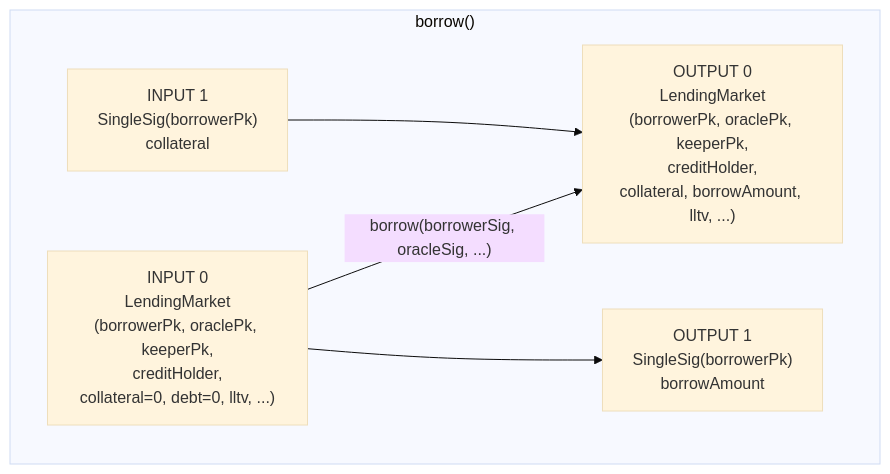
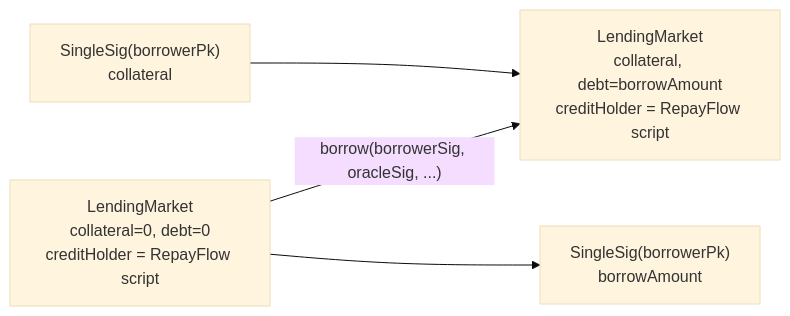
The fourth of 9 diagrams in examples/vault_lending/FLOWS.md (arkade-os/compiler), drawn with Mermaid (base theme) before and after one commit. The commit also changed other lines of this file, not shown here.

First line of the commit message:
fix: simplify Mermaid diagrams for GitHub rendering

````diff
--- a/examples/vault_lending/FLOWS.md
+++ b/examples/vault_lending/FLOWS.md
@@ -66,15 +54,11 @@
 ```mermaid
-flowchart LR
-    subgraph TX["borrow()"]
-        direction LR
-        I0["INPUT 0\nLendingMarket\n(borrowerPk, oraclePk, keeperPk,\ncreditHolder,\ncollateral=0, debt=0, lltv, ...)"]
-        I1["INPUT 1\nSingleSig(borrowerPk)\ncollateral"]
-
-        O0["OUTPUT 0\nLendingMarket\n(borrowerPk, oraclePk, keeperPk,\ncreditHolder,\ncollateral, borrowAmount, lltv, ...)"]
-        O1["OUTPUT 1\nSingleSig(borrowerPk)\nborrowAmount"]
-    end
+graph LR
+    I0["LendingMarket\ncollateral=0, debt=0\ncreditHolder = RepayFlow script"]
+    I1["SingleSig(borrowerPk)\ncollateral"]
+    O0["LendingMarket\ncollateral, debt=borrowAmount\ncreditHolder = RepayFlow script"]
+    O1["SingleSig(borrowerPk)\nborrowAmount"]
 
     I0 -->|"borrow(borrowerSig, oracleSig, ...)"| O0
     I1 --> O0
     I0 --> O1
 ```
````
